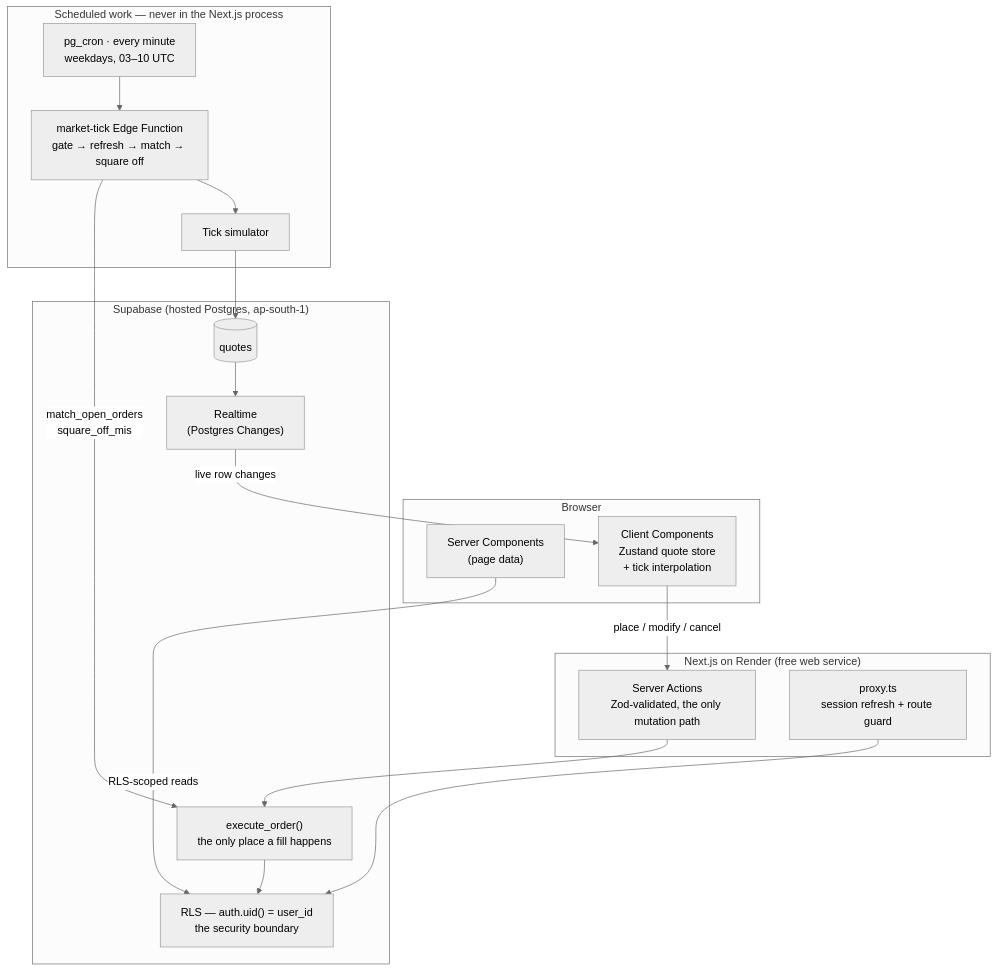
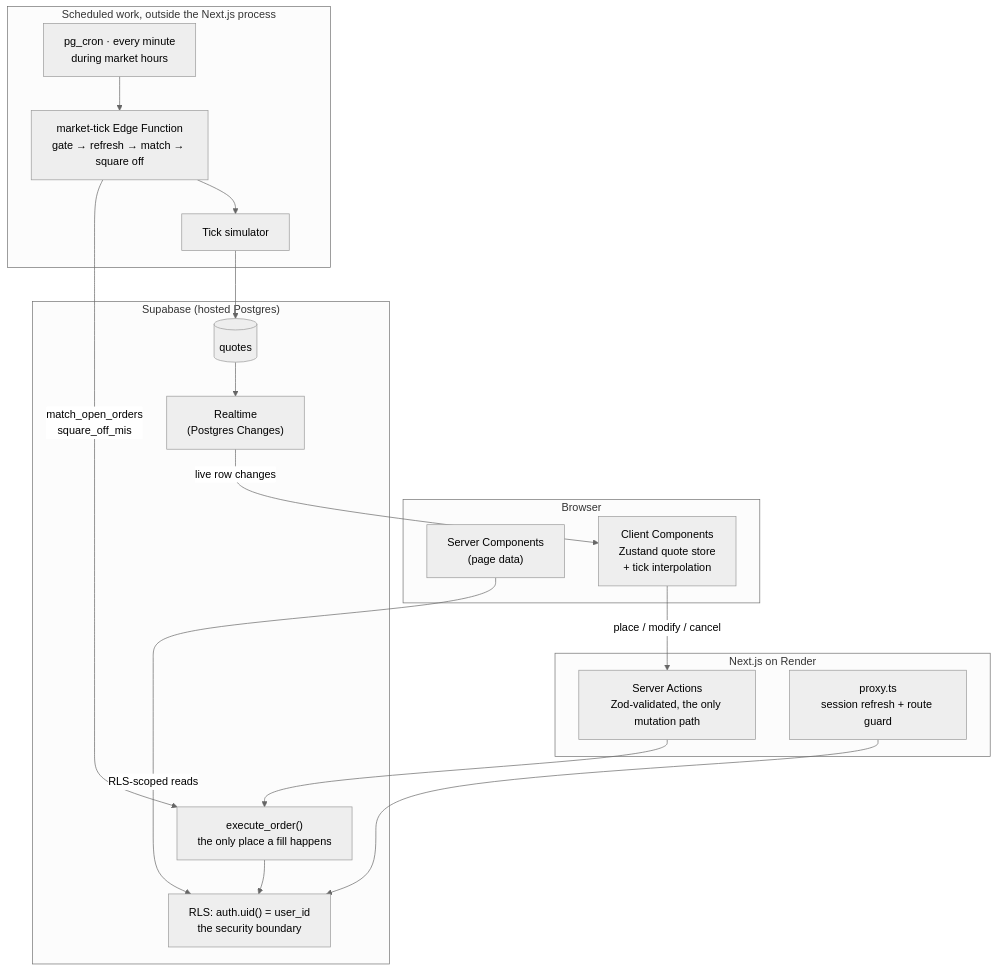
The diagram in README.md (SidVaidya2005/ZerodhaRebuild), drawn with Mermaid (neutral theme) before and after one commit. The commit also changed other lines of this file and 14 other files, not shown here.

````diff
--- a/README.md
+++ b/README.md
@@ -137,37 +122,37 @@
 ```mermaid
 flowchart TB
     subgraph browser["Browser"]
         RSC["Server Components<br/>(page data)"]
         CC["Client Components<br/>Zustand quote store<br/>+ tick interpolation"]
     end
 
-    subgraph next["Next.js on Render (free web service)"]
+    subgraph next["Next.js on Render"]
         SA["Server Actions<br/>Zod-validated, the only mutation path"]
         PROXY["proxy.ts<br/>session refresh + route guard"]
     end
 
-    subgraph supa["Supabase (hosted Postgres, ap-south-1)"]
-        RLS["RLS — auth.uid() = user_id<br/>the security boundary"]
+    subgraph supa["Supabase (hosted Postgres)"]
+        RLS["RLS: auth.uid() = user_id<br/>the security boundary"]
         EX["execute_order()<br/>the only place a fill happens"]
         Q[("quotes")]
         RT["Realtime<br/>(Postgres Changes)"]
     end
 
-    subgraph sched["Scheduled work — never in the Next.js process"]
-        CRON["pg_cron · every minute<br/>weekdays, 03–10 UTC"]
+    subgraph sched["Scheduled work, outside the Next.js process"]
+        CRON["pg_cron · every minute<br/>during market hours"]
         TICK["market-tick Edge Function<br/>gate → refresh → match → square off"]
         SIM["Tick simulator"]
     end
 
     RSC -->|"RLS-scoped reads"| RLS
     CC -->|"place / modify / cancel"| SA
     SA --> EX
     PROXY --> RLS
     EX --> RLS
     CRON --> TICK
     TICK --> SIM
     SIM --> Q
     TICK -->|"match_open_orders<br/>square_off_mis"| EX
     Q --> RT
     RT -->|"live row changes"| CC
 ```
````
